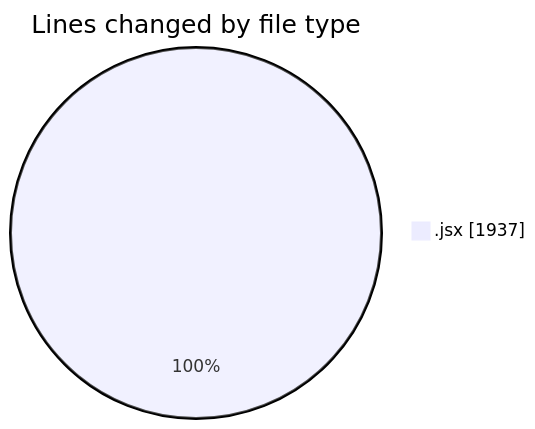
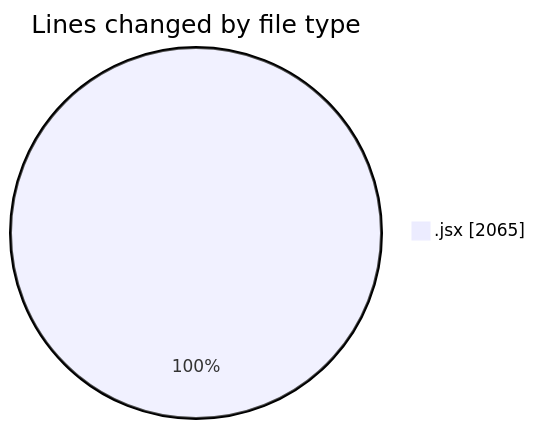
The first of 2 diagrams in 2025-06-21/nxtqube_webapp/README.md (nxtqubesakshisongat/code-tracking), drawn with Mermaid before and after one commit. The commit also changed other lines of this file and 1 other file, not shown here.

````diff
--- a/2025-06-21/nxtqube_webapp/README.md
+++ b/2025-06-21/nxtqube_webapp/README.md
@@ -20,5 +20,5 @@
 ```mermaid
 pie showData
 title Lines changed by file type
-".jsx" : 1937
+".jsx" : 2065
 ```
````
